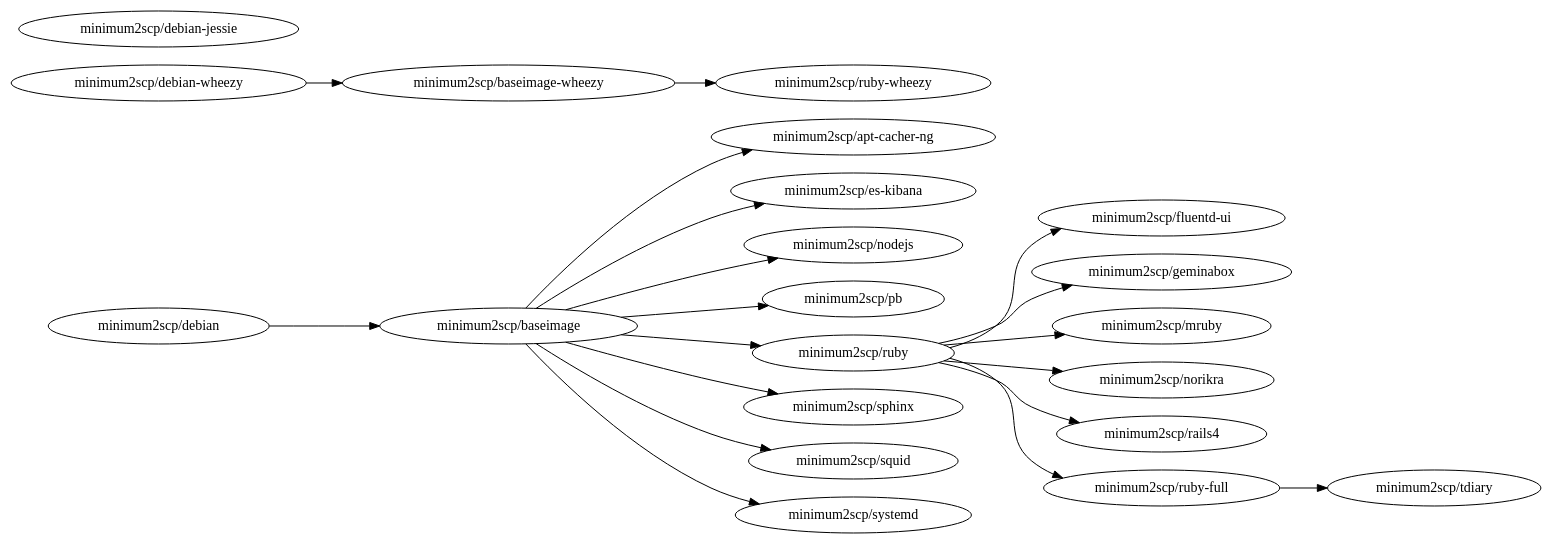
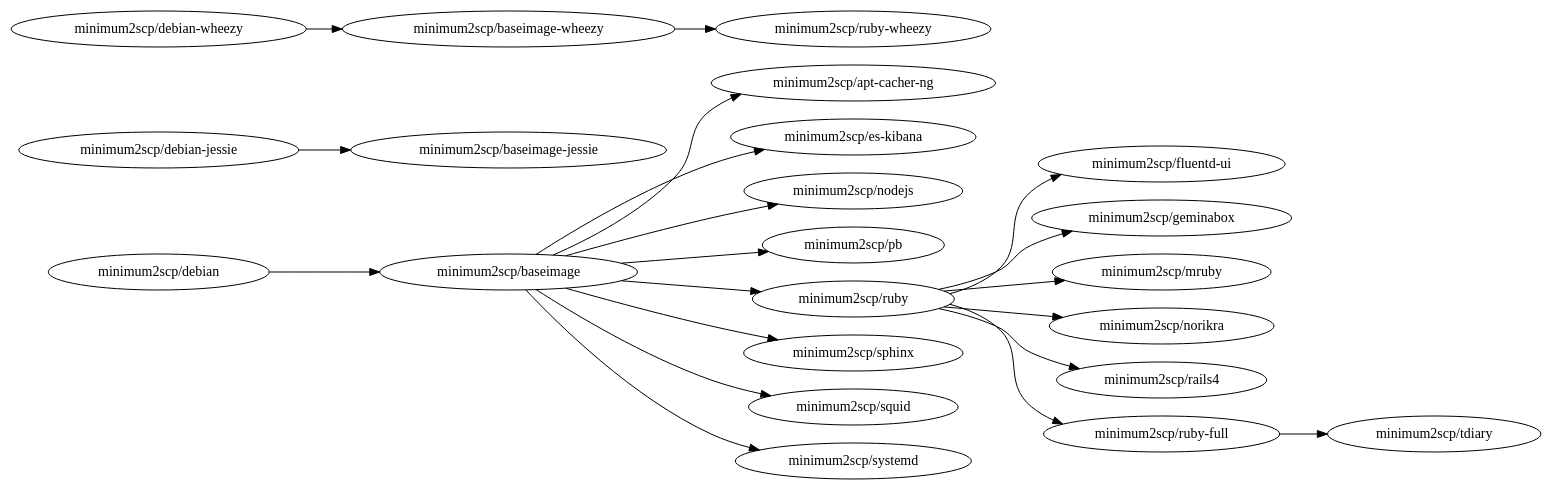
One commit to minimum2scp/dockerfiles changed the diagram in deps.dot. Above: the diagram before and after it, drawn with Graphviz. The commit also changed 26 other files, not shown here.

Commit message:
add baseimage-jessie image

```diff
--- a/deps.dot
+++ b/deps.dot
@@ -1,35 +1,38 @@
 digraph deps {
   graph        [rankdir = "LR"];
   ratio = auto;
 
 
   acng              [label = "minimum2scp/apt-cacher-ng"];
   baseimage         [label = "minimum2scp/baseimage"];
+  baseimage_jessie  [label = "minimum2scp/baseimage-jessie"];
   baseimage_wheezy  [label = "minimum2scp/baseimage-wheezy"];
   debian            [label = "minimum2scp/debian"];
   debian_jessie     [label = "minimum2scp/debian-jessie"];
   debian_wheezy     [label = "minimum2scp/debian-wheezy"];
   es_kibana         [label = "minimum2scp/es-kibana"];
   fluentd_ui        [label = "minimum2scp/fluentd-ui"];
   geminabox         [label = "minimum2scp/geminabox"];
   mruby             [label = "minimum2scp/mruby"];
   nodejs            [label = "minimum2scp/nodejs"];
   norikra           [label = "minimum2scp/norikra"];
   pb                [label = "minimum2scp/pb"];
   rails4            [label = "minimum2scp/rails4"];
   ruby              [label = "minimum2scp/ruby"];
   ruby_full         [label = "minimum2scp/ruby-full"];
   ruby_wheezy       [label = "minimum2scp/ruby-wheezy"];
   sphinx            [label = "minimum2scp/sphinx"];
   squid             [label = "minimum2scp/squid"];
   systemd           [label = "minimum2scp/systemd"];
   tdiary            [label = "minimum2scp/tdiary"];
 
   debian    -> baseimage;
   baseimage -> {acng, es_kibana, nodejs, pb, ruby, sphinx, squid, systemd};
   ruby      -> {fluentd_ui, geminabox, mruby, norikra, rails4, ruby_full};
   ruby_full -> {tdiary};
 
+  debian_jessie    -> baseimage_jessie;
+
   debian_wheezy    -> baseimage_wheezy;
   baseimage_wheezy -> ruby_wheezy;
 }
```
